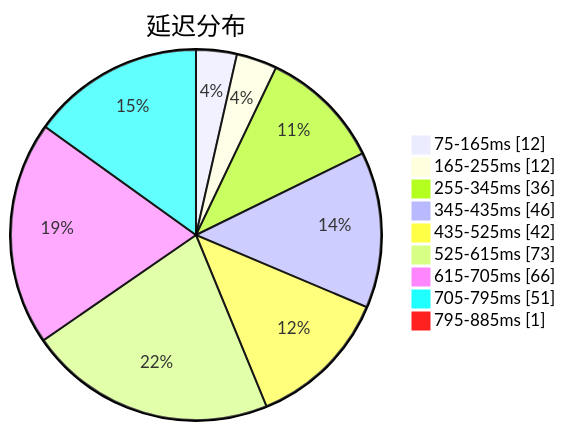
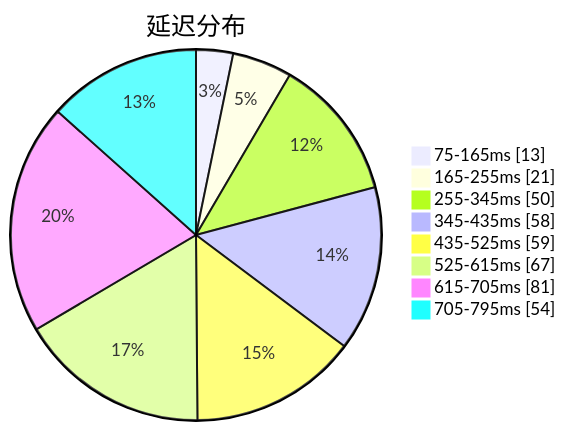
One commit to sinspired/airport changed the first of 3 diagrams in subs/statistics/tested_within.md. Above: the diagram before and after it, drawn with Mermaid. The commit also changed other lines of this file and 2 other files, not shown here.

````diff
--- a/subs/statistics/tested_within.md
+++ b/subs/statistics/tested_within.md
@@ -2,13 +2,12 @@
 ```mermaid
 pie showData
 title 延迟分布
-"75-165ms" : 12
-"165-255ms" : 12
-"255-345ms" : 36
-"345-435ms" : 46
-"435-525ms" : 42
-"525-615ms" : 73
-"615-705ms" : 66
-"705-795ms" : 51
-"795-885ms" : 1
+"75-165ms" : 13
+"165-255ms" : 21
+"255-345ms" : 50
+"345-435ms" : 58
+"435-525ms" : 59
+"525-615ms" : 67
+"615-705ms" : 81
+"705-795ms" : 54
 ```
````
